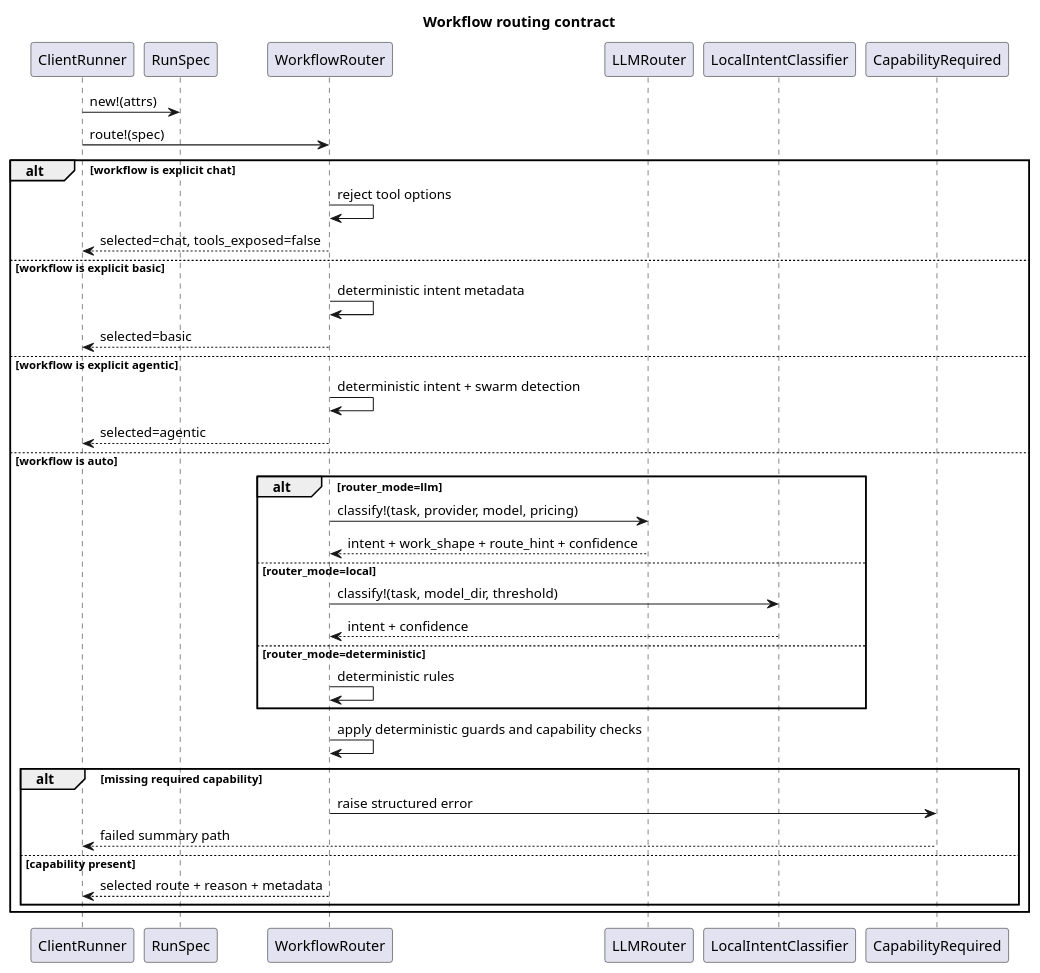
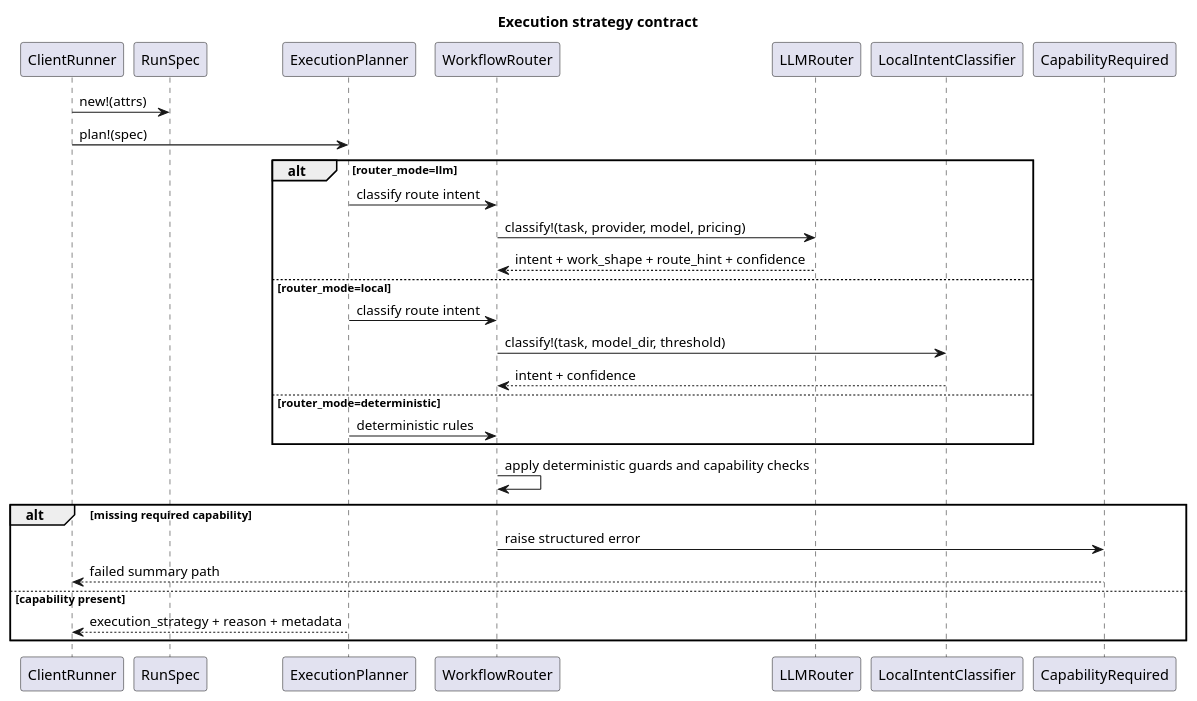
One commit to pawel-dubiel/AgentMachine changed the second of 6 diagrams in docs/runtime-flow.md. Above: the diagram before and after it, drawn with PlantUML. The commit also changed other lines of this file and 55 other files, not shown here.

````diff
--- a/docs/runtime-flow.md
+++ b/docs/runtime-flow.md
@@ -106,44 +107,36 @@
 ```plantuml
 @startuml
-title Workflow routing contract
+title Execution strategy contract
 
 participant ClientRunner
 participant RunSpec
-participant WorkflowRouter as Router
+participant ExecutionPlanner as Planner
+participant WorkflowRouter as Classifier
 participant LLMRouter
 participant LocalIntentClassifier as Local
 participant CapabilityRequired
 
 ClientRunner -> RunSpec: new!(attrs)
-ClientRunner -> Router: route!(spec)
+ClientRunner -> Planner: plan!(spec)
 
-alt workflow is explicit chat
-  Router -> Router: reject tool options
-  Router --> ClientRunner: selected=chat, tools_exposed=false
-else workflow is explicit basic
-  Router -> Router: deterministic intent metadata
-  Router --> ClientRunner: selected=basic
-else workflow is explicit agentic
-  Router -> Router: deterministic intent + swarm detection
-  Router --> ClientRunner: selected=agentic
-else workflow is auto
-  alt router_mode=llm
-    Router -> LLMRouter: classify!(task, provider, model, pricing)
-    LLMRouter --> Router: intent + work_shape + route_hint + confidence
-  else router_mode=local
-    Router -> Local: classify!(task, model_dir, threshold)
-    Local --> Router: intent + confidence
-  else router_mode=deterministic
-    Router -> Router: deterministic rules
-  end
+alt router_mode=llm
+  Planner -> Classifier: classify route intent
+  Classifier -> LLMRouter: classify!(task, provider, model, pricing)
+  LLMRouter --> Classifier: intent + work_shape + route_hint + confidence
+else router_mode=local
+  Planner -> Classifier: classify route intent
+  Classifier -> Local: classify!(task, model_dir, threshold)
+  Local --> Classifier: intent + confidence
+else router_mode=deterministic
+  Planner -> Classifier: deterministic rules
+end
 
-  Router -> Router: apply deterministic guards and capability checks
-  alt missing required capability
-    Router -> CapabilityRequired: raise structured error
-    CapabilityRequired --> ClientRunner: failed summary path
-  else capability present
-    Router --> ClientRunner: selected route + reason + metadata
-  end
+Classifier -> Classifier: apply deterministic guards and capability checks
+alt missing required capability
+  Classifier -> CapabilityRequired: raise structured error
+  CapabilityRequired --> ClientRunner: failed summary path
+else capability present
+  Planner --> ClientRunner: execution_strategy + reason + metadata
 end
 @enduml
 ```
````
